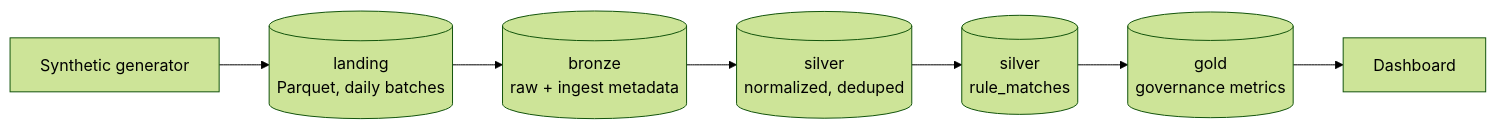
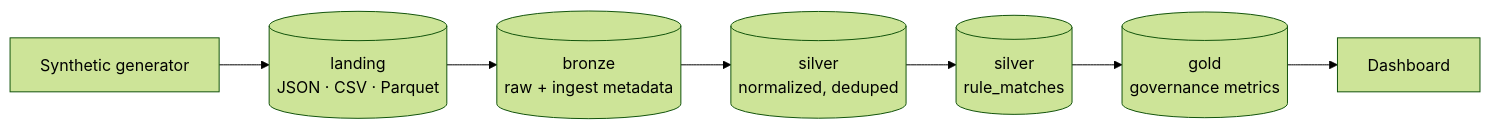
The second of 2 diagrams in docs/architecture.md (carlosganduglia-cloud/network-usage-medallion), drawn with Mermaid (forest theme) before and after one commit. The commit also changed other lines of this file and 1 other file, not shown here.

Commit message:
Update architecture: AD group tables, landing formats, resolution validity

````diff
--- a/docs/architecture.md
+++ b/docs/architecture.md
@@ -60,9 +64,9 @@
 ```mermaid
 flowchart LR
-    G[Synthetic generator] --> L[(landing<br/>Parquet, daily batches)]
+    G[Synthetic generator] --> L[(landing<br/>JSON · CSV · Parquet)]
     L --> B[(bronze<br/>raw + ingest metadata)]
     B --> S[(silver<br/>normalized, deduped)]
     S --> M[(silver<br/>rule_matches)]
     M --> Gd[(gold<br/>governance metrics)]
     Gd --> D[Dashboard]
 ```
````
